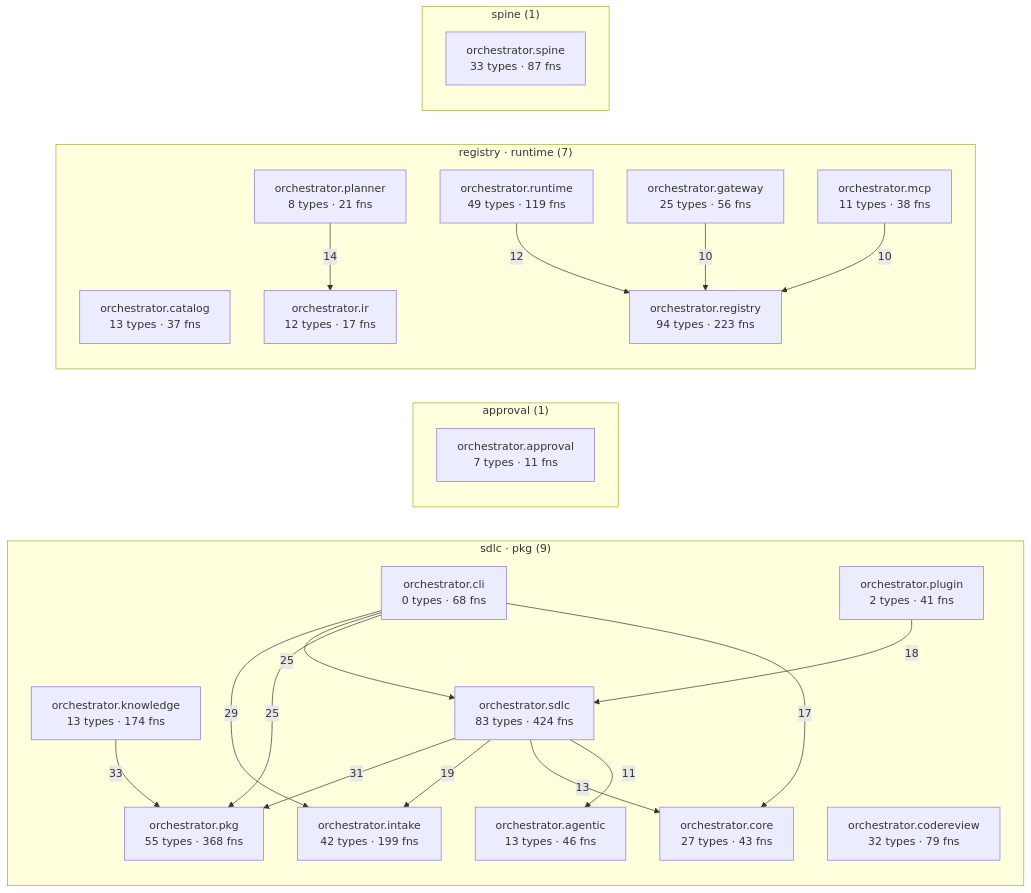
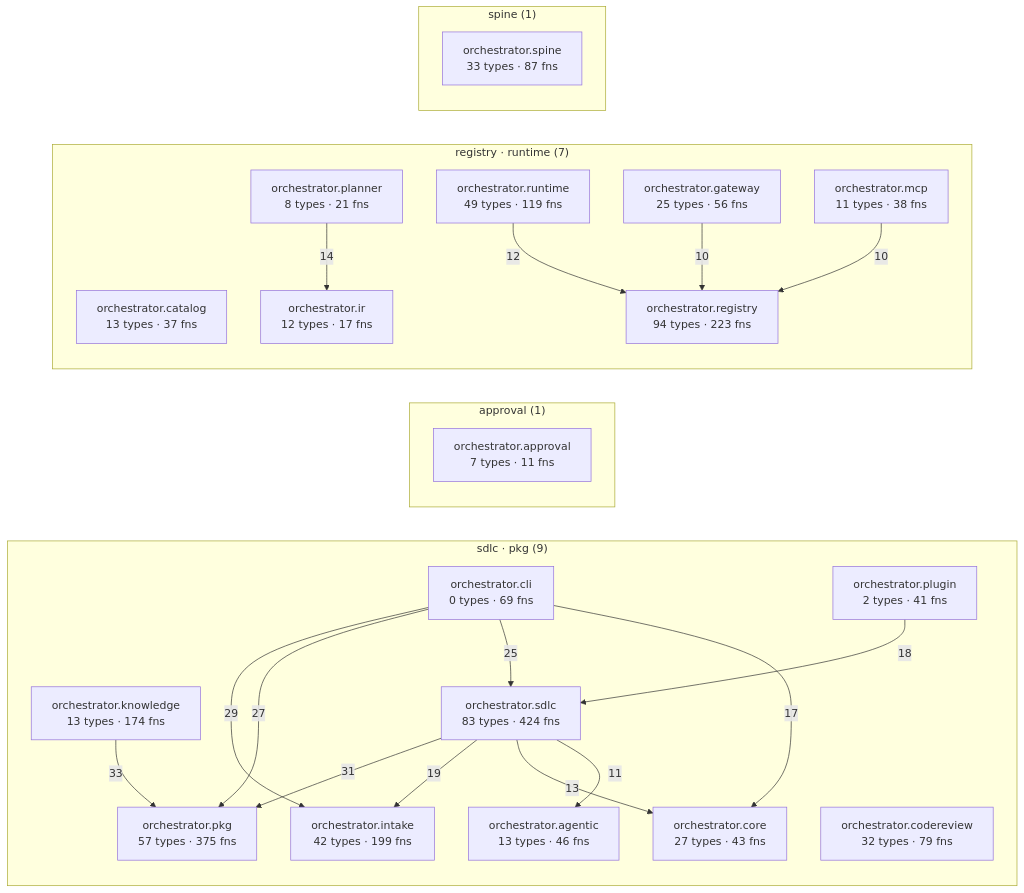
The diagram in episteme/architecture.md (synaptixs/spine), drawn with Mermaid before and after one commit. The commit also changed other lines of this file and 17 other files, not shown here.

````diff
--- a/episteme/architecture.md
+++ b/episteme/architecture.md
@@ -54,43 +54,43 @@
 ```mermaid
 flowchart LR
   subgraph c_1["sdlc · pkg (9)"]
     aorchestratoragentic["orchestrator.agentic<br/>13 types · 46 fns"]
-    aorchestratorcli["orchestrator.cli<br/>0 types · 68 fns"]
+    aorchestratorcli["orchestrator.cli<br/>0 types · 69 fns"]
     aorchestratorcodereview["orchestrator.codereview<br/>32 types · 79 fns"]
     aorchestratorcore["orchestrator.core<br/>27 types · 43 fns"]
     aorchestratorintake["orchestrator.intake<br/>42 types · 199 fns"]
     aorchestratorknowledge["orchestrator.knowledge<br/>13 types · 174 fns"]
-    aorchestratorpkg["orchestrator.pkg<br/>55 types · 368 fns"]
+    aorchestratorpkg["orchestrator.pkg<br/>57 types · 375 fns"]
     aorchestratorplugin["orchestrator.plugin<br/>2 types · 41 fns"]
     aorchestratorsdlc["orchestrator.sdlc<br/>83 types · 424 fns"]
   end
   subgraph c_2["approval (1)"]
     aorchestratorapproval["orchestrator.approval<br/>7 types · 11 fns"]
   end
   subgraph c_3["registry · runtime (7)"]
     aorchestratorcatalog["orchestrator.catalog<br/>13 types · 37 fns"]
     aorchestratorgateway["orchestrator.gateway<br/>25 types · 56 fns"]
     aorchestratorir["orchestrator.ir<br/>12 types · 17 fns"]
     aorchestratormcp["orchestrator.mcp<br/>11 types · 38 fns"]
     aorchestratorplanner["orchestrator.planner<br/>8 types · 21 fns"]
     aorchestratorregistry["orchestrator.registry<br/>94 types · 223 fns"]
     aorchestratorruntime["orchestrator.runtime<br/>49 types · 119 fns"]
   end
   subgraph c_10["spine (1)"]
     aorchestratorspine["orchestrator.spine<br/>33 types · 87 fns"]
   end
   aorchestratorknowledge -->|33| aorchestratorpkg
   aorchestratorsdlc -->|31| aorchestratorpkg
   aorchestratorcli -->|29| aorchestratorintake
+  aorchestratorcli -->|27| aorchestratorpkg
   aorchestratorcli -->|25| aorchestratorsdlc
-  aorchestratorcli -->|25| aorchestratorpkg
   aorchestratorsdlc -->|19| aorchestratorintake
   aorchestratorplugin -->|18| aorchestratorsdlc
   aorchestratorcli -->|17| aorchestratorcore
   aorchestratorplanner -->|14| aorchestratorir
   aorchestratorsdlc -->|13| aorchestratorcore
   aorchestratorruntime -->|12| aorchestratorregistry
   aorchestratorsdlc -->|11| aorchestratoragentic
   aorchestratorgateway -->|10| aorchestratorregistry
   aorchestratormcp -->|10| aorchestratorregistry
 ```
````
